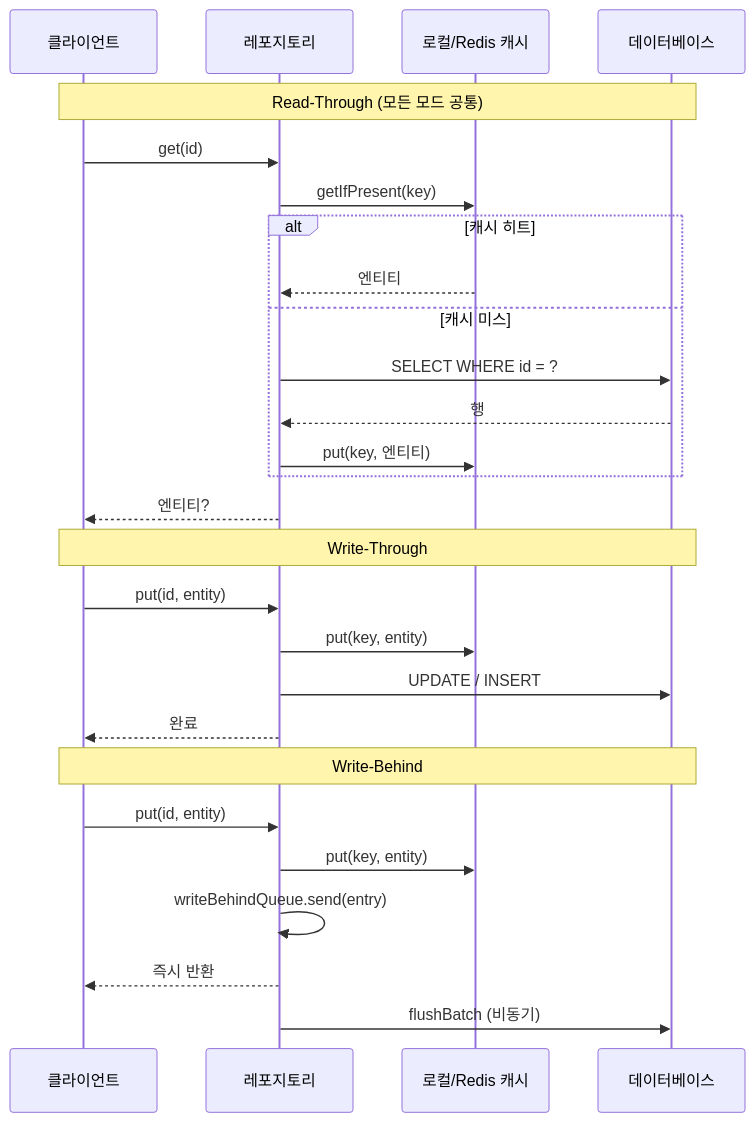
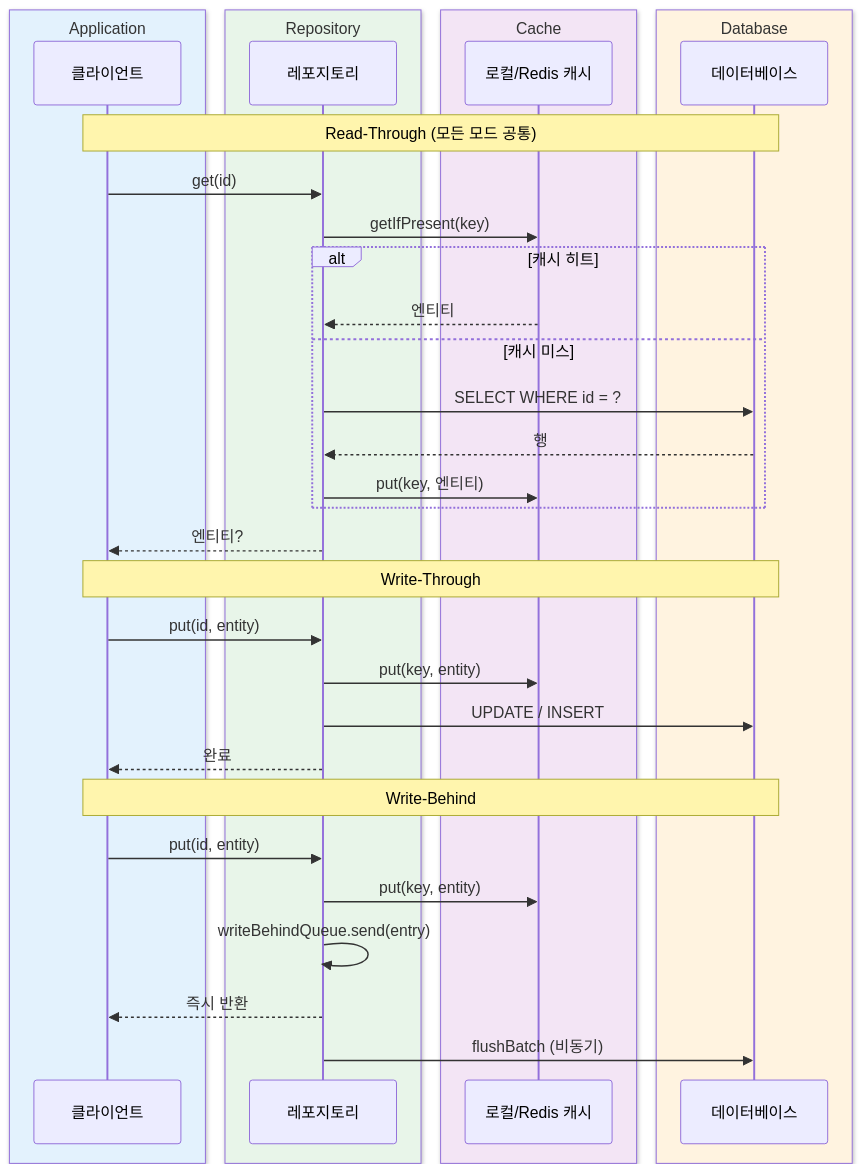
Before and after one commit to bluetape4k/bluetape4k-projects: the third of 3 diagrams in data/exposed-cache/README.ko.md, drawn with Mermaid. The commit also changed other lines of this file and 221 other files, not shown here.

First line of the commit message:
docs: 전체 모듈 README UML 다이어그램 보강 및 색상 업그레이드

````diff
--- a/data/exposed-cache/README.ko.md
+++ b/data/exposed-cache/README.ko.md
@@ -163,32 +183,40 @@
 ```mermaid
 sequenceDiagram
-    participant Client as 클라이언트
-    participant Repo as 레포지토리
-    participant Cache as 로컬/Redis 캐시
-    participant DB as 데이터베이스
+    box rgb(227, 242, 253) Application
+        participant Client as 클라이언트
+    end
+    box rgb(232, 245, 233) Repository
+        participant Repo as 레포지토리
+    end
+    box rgb(243, 229, 245) Cache
+        participant Cache as 로컬/Redis 캐시
+    end
+    box rgb(255, 243, 224) Database
+        participant DB as 데이터베이스
+    end
 
     Note over Client,DB: Read-Through (모든 모드 공통)
     Client->>Repo: get(id)
     Repo->>Cache: getIfPresent(key)
     alt 캐시 히트
         Cache-->>Repo: 엔티티
     else 캐시 미스
         Repo->>DB: SELECT WHERE id = ?
         DB-->>Repo: 행
         Repo->>Cache: put(key, 엔티티)
     end
     Repo-->>Client: 엔티티?
 
     Note over Client,DB: Write-Through
     Client->>Repo: put(id, entity)
     Repo->>Cache: put(key, entity)
     Repo->>DB: UPDATE / INSERT
     Repo-->>Client: 완료
 
     Note over Client,DB: Write-Behind
     Client->>Repo: put(id, entity)
     Repo->>Cache: put(key, entity)
     Repo->>Repo: writeBehindQueue.send(entry)
     Repo-->>Client: 즉시 반환
     Repo->>DB: flushBatch (비동기)
 ```
````
